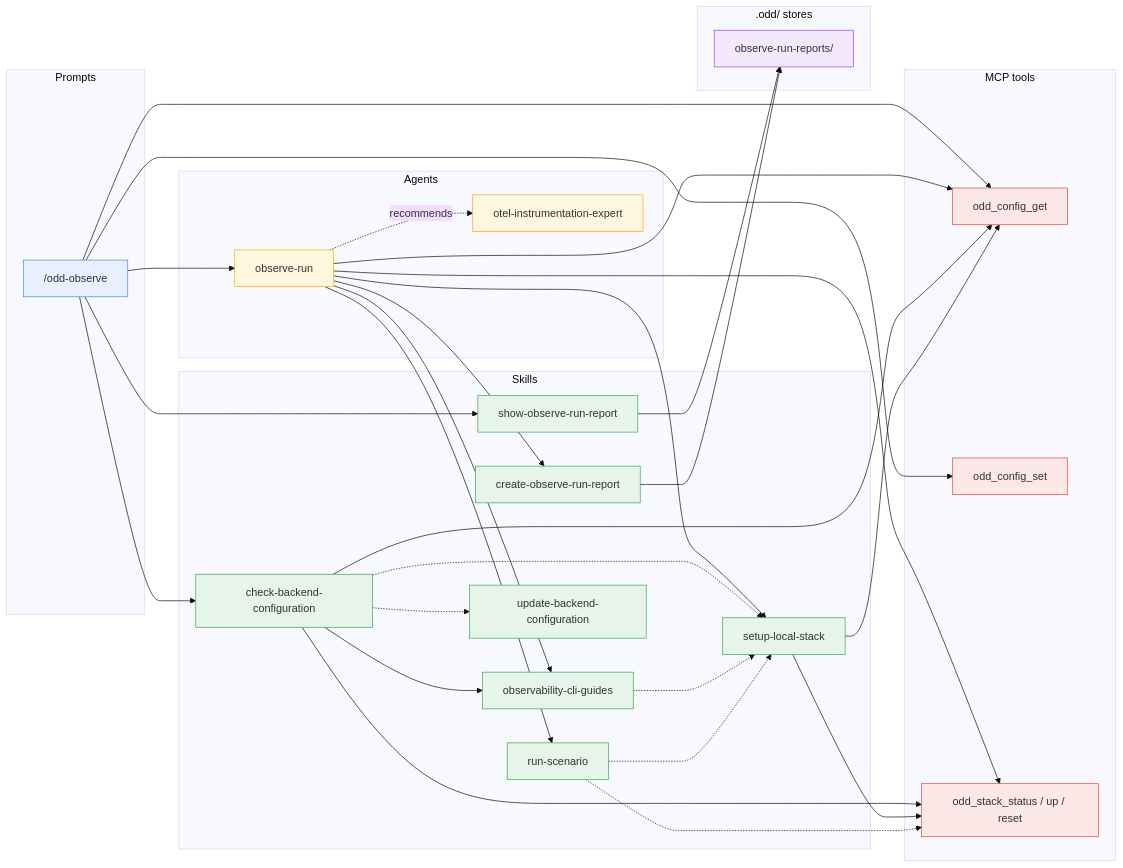
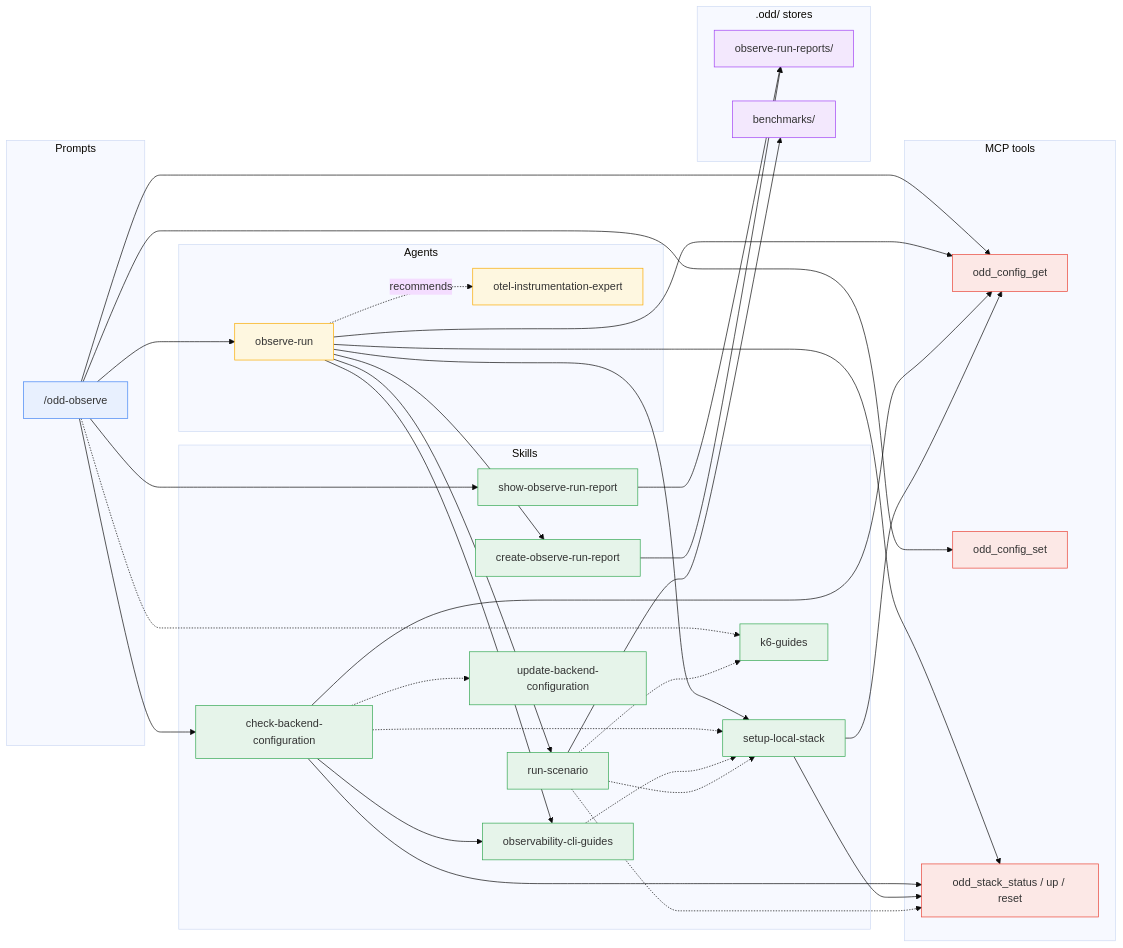
One commit to using-system/oddyssey changed the third of 7 diagrams in docs/guide/dependencies.md. Above: the diagram before and after it, drawn with Mermaid (base theme). The commit also changed other lines of this file and 9 other files, not shown here.

````diff
--- a/docs/guide/dependencies.md
+++ b/docs/guide/dependencies.md
@@ -158,70 +158,75 @@
 ```mermaid
 flowchart LR
   subgraph Prompts
     observe["/odd-observe"]
   end
 
   subgraph Agents
     runner[observe-run]
     expert[otel-instrumentation-expert]
   end
 
   subgraph Skills
     cbc[check-backend-configuration]
     ocg[observability-cli-guides]
     sls[setup-local-stack]
     rs[run-scenario]
+    kg[k6-guides]
     corr[create-observe-run-report]
     sorr[show-observe-run-report]
     ubc[update-backend-configuration]
   end
 
   subgraph MCP["MCP tools"]
     cfgget[odd_config_get]
     cfgset[odd_config_set]
     stack[odd_stack_status / up / reset]
   end
 
   subgraph Stores[".odd/ stores"]
     obsdir[observe-run-reports/]
+    benchdir[benchmarks/]
   end
 
   observe --> runner
   observe --> cbc
   observe --> sorr
   observe --> cfgget
   observe --> cfgset
+  observe -.-> kg
   sorr --> obsdir
 
   runner --> ocg
   runner --> sls
   runner --> rs
   runner --> corr
   runner --> cfgget
   runner --> stack
   runner -. recommends .-> expert
 
   cbc -.-> sls
   cbc -.-> ubc
   cbc --> ocg
   cbc --> cfgget
   cbc --> stack
   ocg -.-> sls
   sls --> cfgget
   sls --> stack
   rs -.-> stack
   rs -.-> sls
+  rs -.-> kg
+  rs --> benchdir
 
   corr --> obsdir
 
   classDef prompt fill:#e8f0fe,stroke:#4285f4
   classDef agent fill:#fef7e0,stroke:#f9ab00
   classDef skill fill:#e6f4ea,stroke:#34a853
   classDef mcp fill:#fce8e6,stroke:#ea4335
   classDef store fill:#f3e8fd,stroke:#a142f4
   class observe prompt
   class runner,expert agent
-  class cbc,ocg,sls,rs,corr,sorr,ubc skill
+  class cbc,ocg,sls,rs,kg,corr,sorr,ubc skill
   class cfgget,cfgset,stack mcp
-  class obsdir store
+  class obsdir,benchdir store
 ```
````
